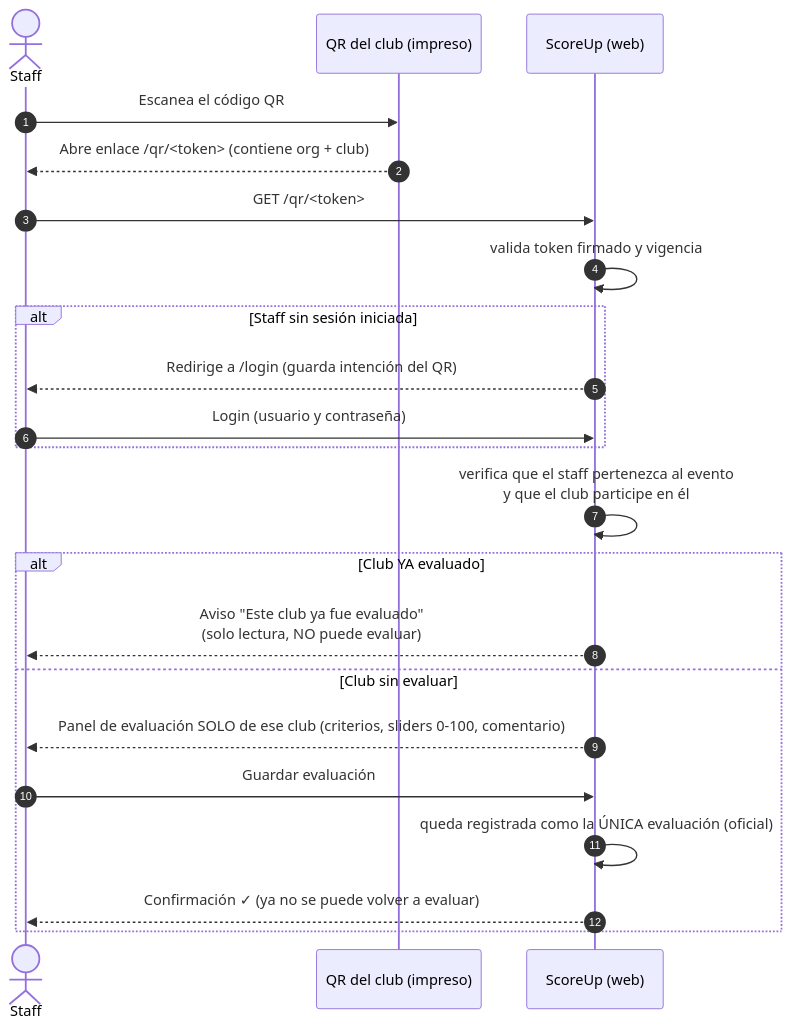
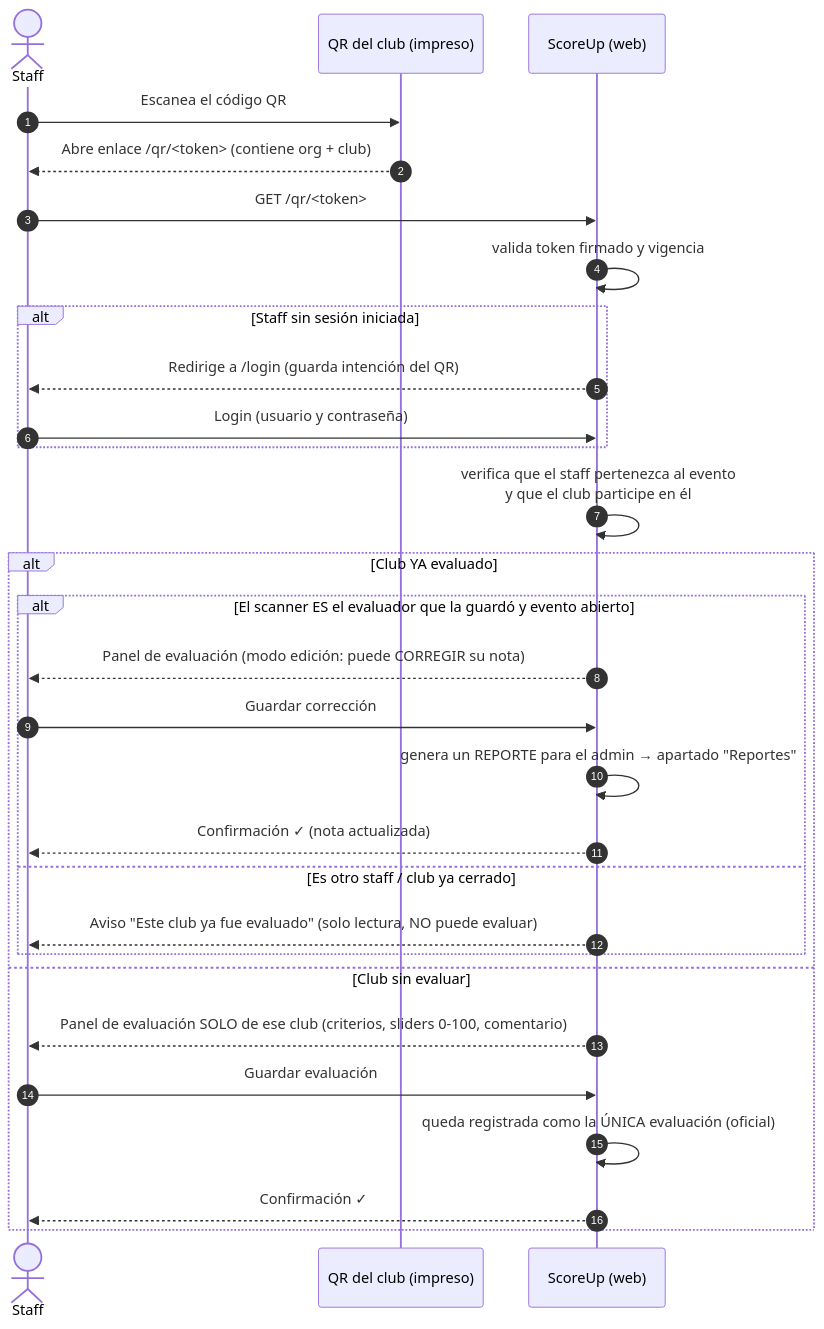
Before and after one commit to JuanFernandoNina/scoreup: the third of 5 diagrams in documents/DIAGRAMA_QR.md, drawn with Mermaid. The commit also changed other lines of this file, not shown here.

Commit message:
Diagrama

````diff
--- a/documents/DIAGRAMA_QR.md
+++ b/documents/DIAGRAMA_QR.md
@@ -53,25 +53,32 @@
 ```mermaid
 sequenceDiagram
     autonumber
     actor Staff
     participant Q as QR del club (impreso)
     participant S as ScoreUp (web)
 
     Staff->>Q: Escanea el código QR
     Q-->>Staff: Abre enlace /qr/<token> (contiene org + club)
     Staff->>S: GET /qr/<token>
     S->>S: valida token firmado y vigencia
     alt Staff sin sesión iniciada
         S-->>Staff: Redirige a /login (guarda intención del QR)
         Staff->>S: Login (usuario y contraseña)
     end
     S->>S: verifica que el staff pertenezca al evento<br/>y que el club participe en él
     alt Club YA evaluado
-        S-->>Staff: Aviso "Este club ya fue evaluado"<br/>(solo lectura, NO puede evaluar)
+        alt El scanner ES el evaluador que la guardó y evento abierto
+            S-->>Staff: Panel de evaluación (modo edición: puede CORREGIR su nota)
+            Staff->>S: Guardar corrección
+            S->>S: genera un REPORTE para el admin → apartado "Reportes"
+            S-->>Staff: Confirmación ✓ (nota actualizada)
+        else Es otro staff / club ya cerrado
+            S-->>Staff: Aviso "Este club ya fue evaluado" (solo lectura, NO puede evaluar)
+        end
     else Club sin evaluar
         S-->>Staff: Panel de evaluación SOLO de ese club (criterios, sliders 0-100, comentario)
         Staff->>S: Guardar evaluación
         S->>S: queda registrada como la ÚNICA evaluación (oficial)
-        S-->>Staff: Confirmación ✓ (ya no se puede volver a evaluar)
+        S-->>Staff: Confirmación ✓
     end
 ```
````
